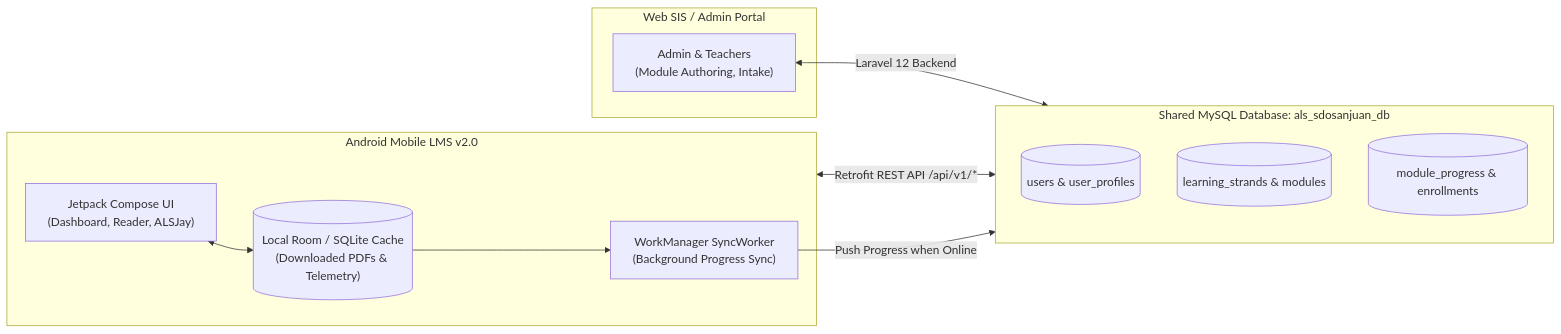
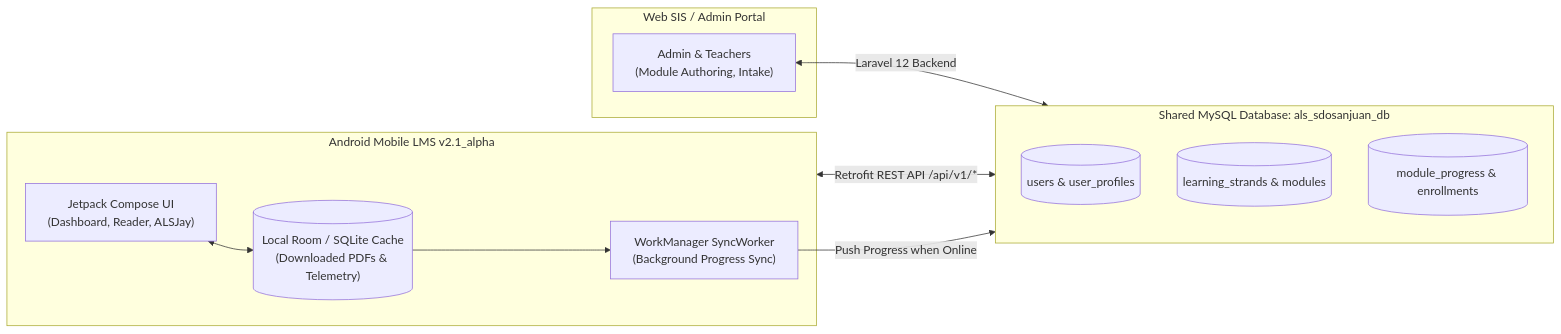
Before and after one commit to Renren051/als_sdosanjuan_modules_apk: the diagram in README.md, drawn with Mermaid. The commit also changed other lines of this file and 2 other files, not shown here.

Commit message:
release: publish v2.1_alpha APK

````diff
--- a/README.md
+++ b/README.md
@@ -26,28 +26,28 @@
 ```mermaid
 graph LR
     subgraph Web_Portal [Web SIS / Admin Portal]
         Web_Admin["Admin & Teachers
 (Module Authoring, Intake)"]
     end
 
     subgraph Central_DB [Shared MySQL Database: als_sdosanjuan_db]
         Users[("users & user_profiles")]
         Modules[("learning_strands & modules")]
         Progress[("module_progress & enrollments")]
     end
 
-    subgraph Mobile_App [Android Mobile LMS v2.0]
+    subgraph Mobile_App [Android Mobile LMS v2.1_alpha]
         Android_UI["Jetpack Compose UI
 (Dashboard, Reader, ALSJay)"]
         Local_Room[("Local Room / SQLite Cache
 (Downloaded PDFs & Telemetry)")]
         Sync_Worker["WorkManager SyncWorker
 (Background Progress Sync)"]
     end
 
     Web_Admin <-->|Laravel 12 Backend| Central_DB
     Mobile_App <-->|Retrofit REST API /api/v1/*| Central_DB
     Android_UI <--> Local_Room
     Local_Room --> Sync_Worker
     Sync_Worker -->|Push Progress when Online| Central_DB
 ```
````
